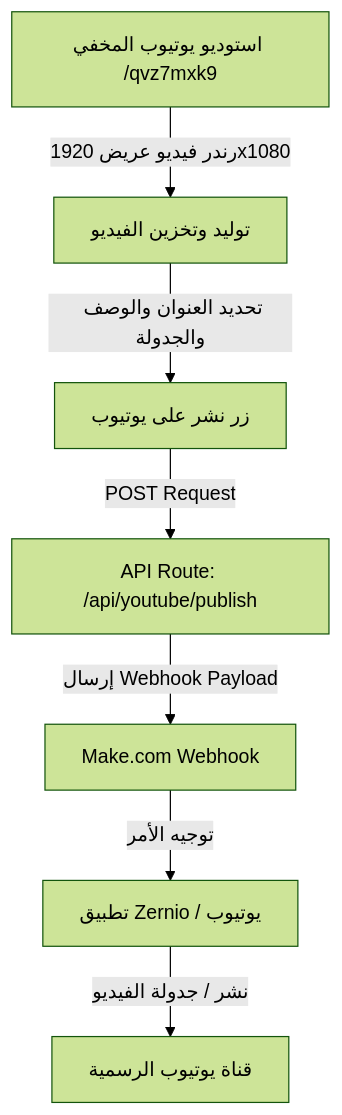
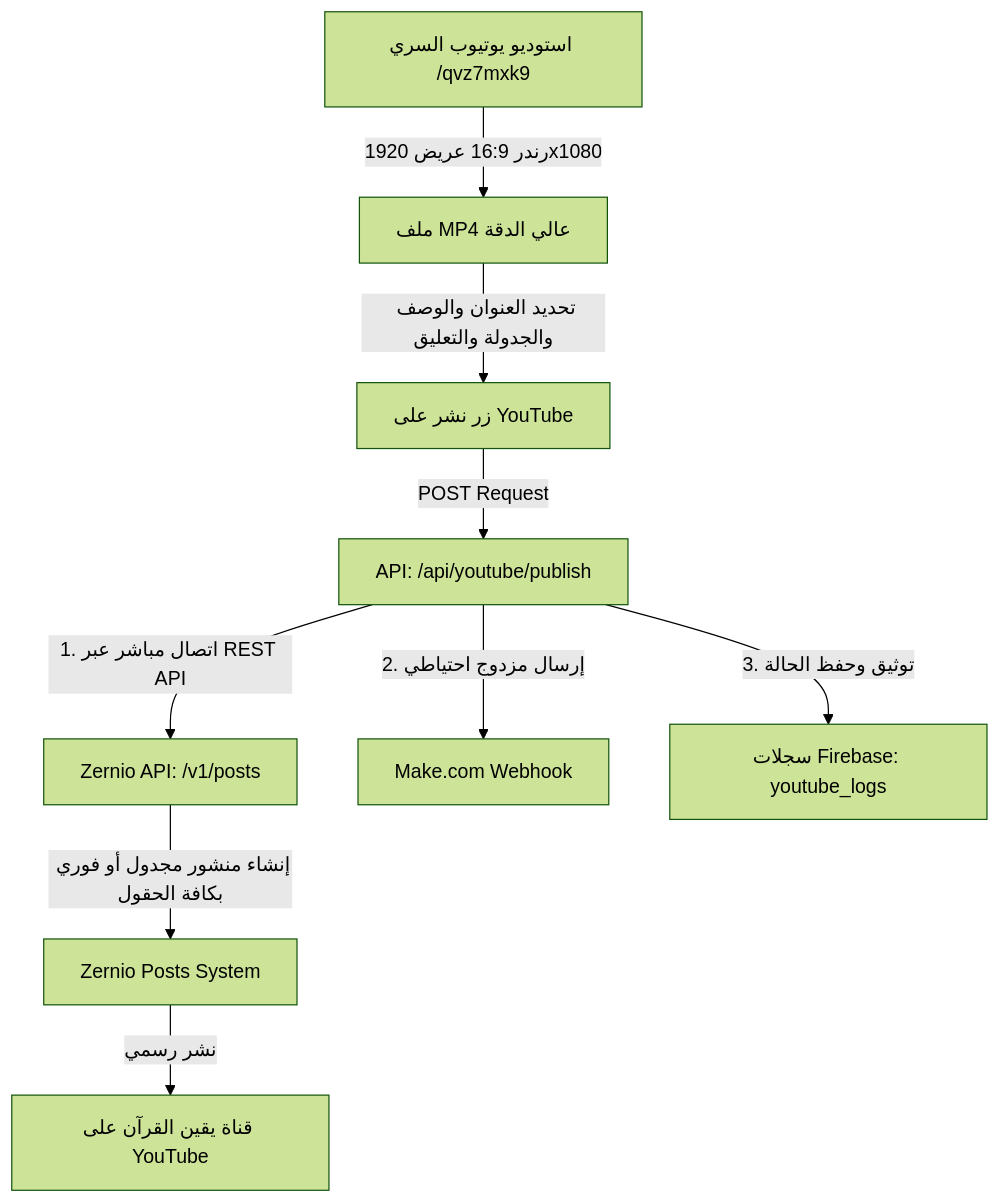
The diagram in YOUTUBE_SYSTEM.md (yyyyyy12345612345-bit/uuu12), drawn with Mermaid (forest theme) before and after one commit. The commit also changed other lines of this file, not shown here.

Commit message:
docs: update YOUTUBE_SYSTEM.md with complete architecture, Zernio full schema, and 16:9 widescreen improvements

````diff
--- a/YOUTUBE_SYSTEM.md
+++ b/YOUTUBE_SYSTEM.md
@@ -50,9 +59,11 @@
 ```mermaid
 graph TD
-    A[استوديو يوتيوب المخفي /qvz7mxk9] -->|رندر فيديو عريض 1920x1080| B[توليد وتخزين الفيديو]
-    B -->|تحديد العنوان والوصف والجدولة| C[زر نشر على يوتيوب]
-    C -->|POST Request| D[API Route: /api/youtube/publish]
-    D -->|إرسال Webhook Payload| E[Make.com Webhook]
-    E -->|توجيه الأمر| F[تطبيق Zernio / يوتيوب]
-    F -->|نشر / جدولة الفيديو| G[قناة يوتيوب الرسمية]
+    A[استوديو يوتيوب السري /qvz7mxk9] -->|رندر 16:9 عريض 1920x1080| B[ملف MP4 عالي الدقة]
+    B -->|تحديد العنوان والوصف والجدولة والتعليق| C[زر نشر على YouTube]
+    C -->|POST Request| D[API: /api/youtube/publish]
+    D -->|1. اتصال مباشر عبر REST API| E[Zernio API: /v1/posts]
+    D -->|2. إرسال مزدوج احتياطي| F[Make.com Webhook]
+    E -->|إنشاء منشور مجدول أو فوري بكافة الحقول| G[Zernio Posts System]
+    G -->|نشر رسمي| H[قناة يقين القرآن على YouTube]
+    D -->|3. توثيق وحفظ الحالة| I[سجلات Firebase: youtube_logs]
 ```
````
